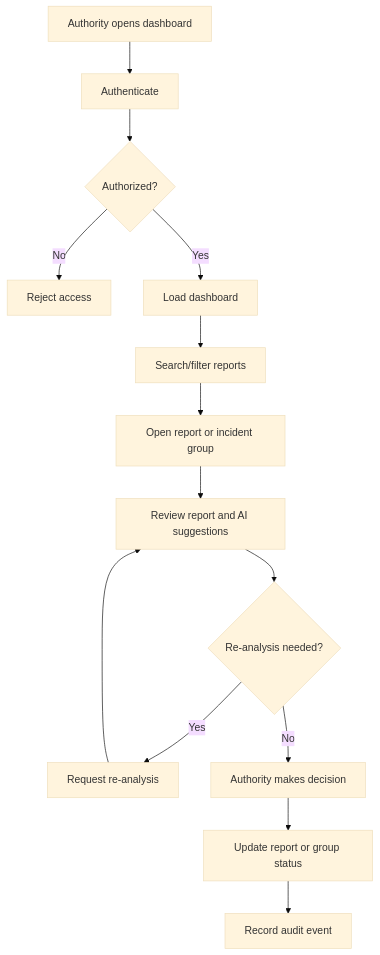
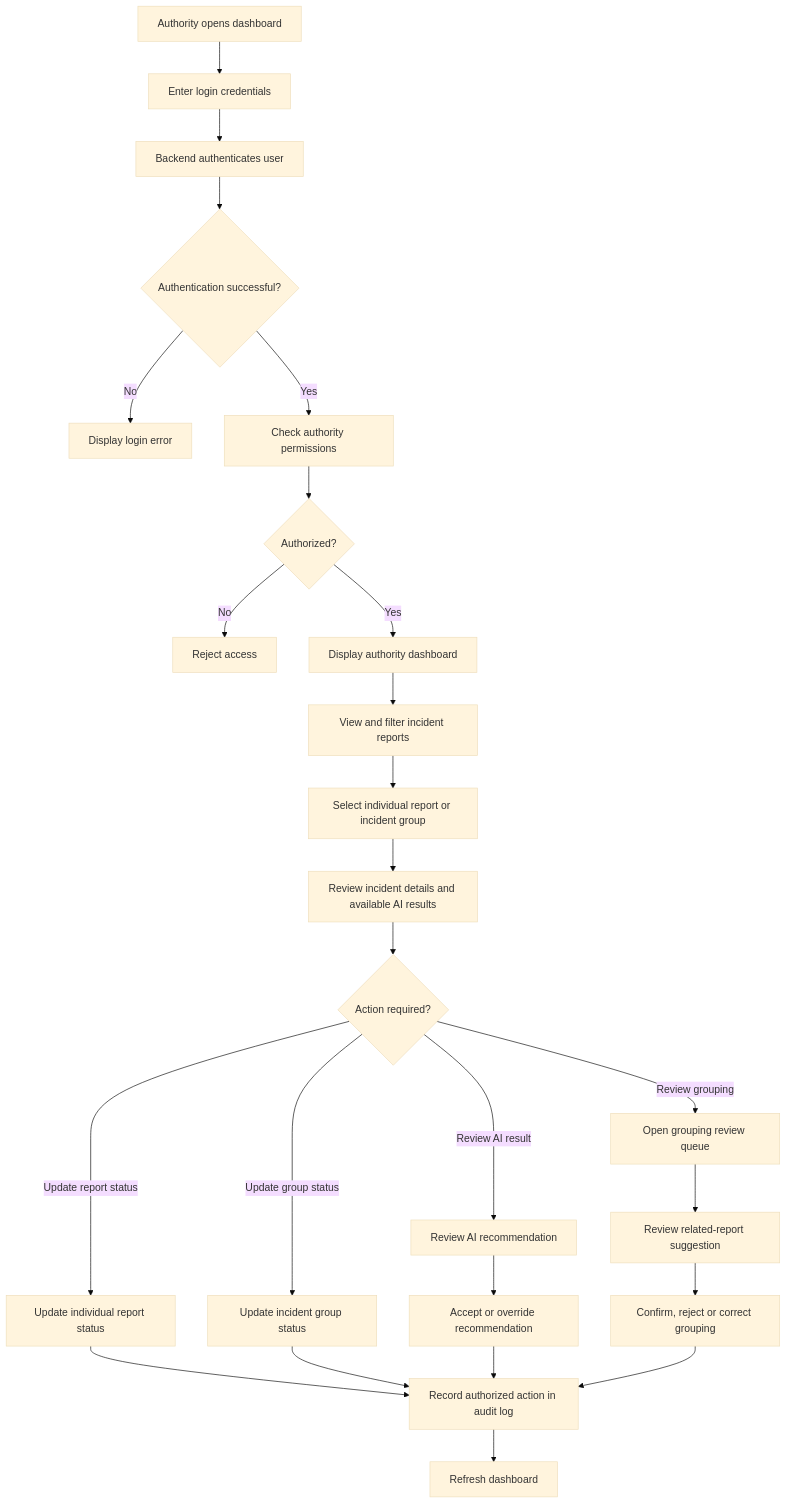
Before and after one commit to NishitaSingh01/DisasterGuard: the third of 6 diagrams in docs/10_Workflows_and_Diagrams.md, drawn with Mermaid (base theme). The commit also changed other lines of this file and 1 other file, not shown here.

````diff
--- a/docs/10_Workflows_and_Diagrams.md
+++ b/docs/10_Workflows_and_Diagrams.md
@@ -41,16 +86,35 @@
-``` mermaid
+```mermaid
 flowchart TD
-    A[Authority opens dashboard] --> B[Authenticate]
-    B --> C{Authorized?}
-    C -->|No| D[Reject access]
-    C -->|Yes| E[Load dashboard]
-    E --> F[Search/filter reports]
-    F --> G[Open report or incident group]
-    G --> H[Review report and AI suggestions]
-    H --> I{Re-analysis needed?}
-    I -->|Yes| J[Request re-analysis]
-    J --> H
-    I -->|No| K[Authority makes decision]
-    K --> L[Update report or group status]
-    L --> M[Record audit event]
+    A[Authority opens dashboard] --> B[Enter login credentials]
+    B --> C[Backend authenticates user]
+    C --> D{Authentication successful?}
+
+    D -->|No| E[Display login error]
+    D -->|Yes| F[Check authority permissions]
+
+    F --> G{Authorized?}
+    G -->|No| H[Reject access]
+    G -->|Yes| I[Display authority dashboard]
+
+    I --> J[View and filter incident reports]
+    J --> K[Select individual report or incident group]
+    K --> L[Review incident details and available AI results]
+
+    L --> M{Action required?}
+
+    M -->|Update report status| N[Update individual report status]
+    M -->|Update group status| O[Update incident group status]
+    M -->|Review AI result| P[Review AI recommendation]
+    M -->|Review grouping| Q[Open grouping review queue]
+
+    P --> R[Accept or override recommendation]
+    Q --> S[Review related-report suggestion]
+    S --> T[Confirm, reject or correct grouping]
+
+    N --> U[Record authorized action in audit log]
+    O --> U
+    R --> U
+    T --> U
+
+    U --> V[Refresh dashboard]
 ```
````
